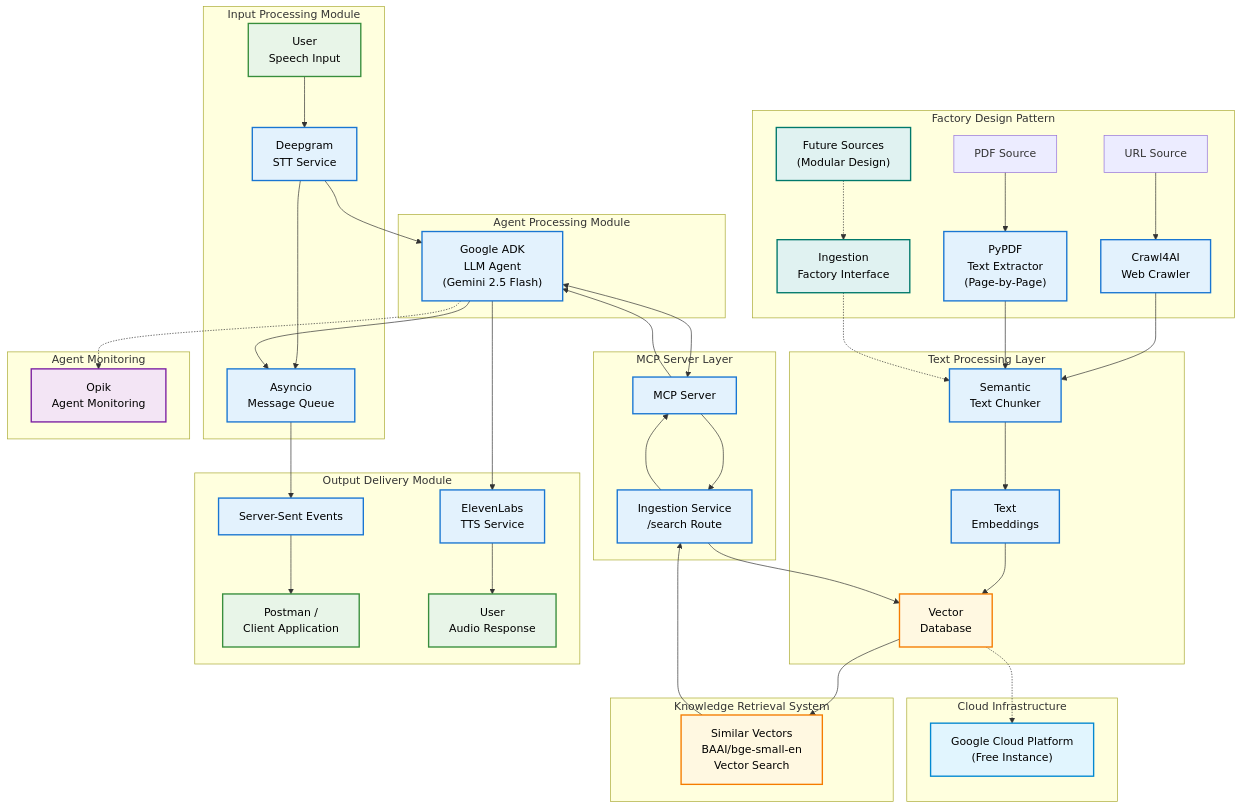
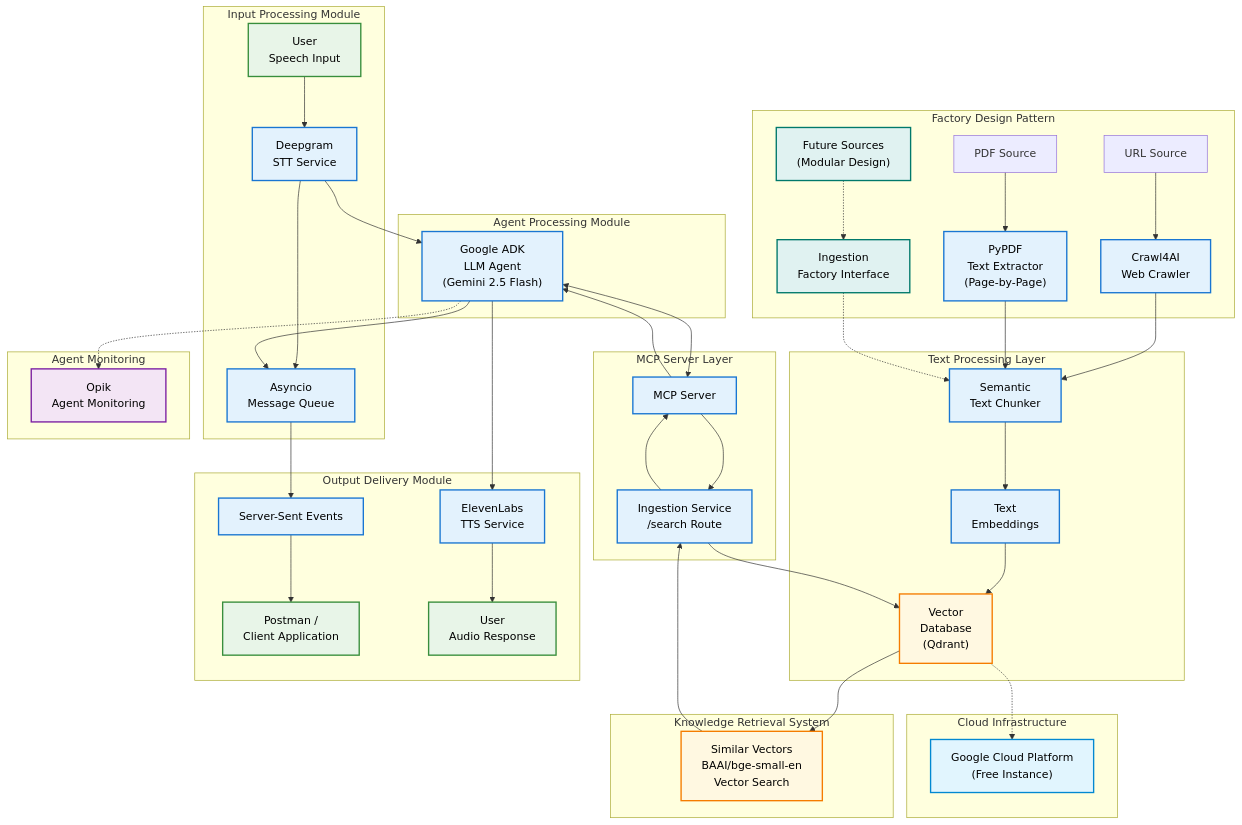
Before and after one commit to RoboJunior/Voice-Agent: the diagram in README.md, drawn with Mermaid.

Commit message:
Readme Updated

```diff
--- a/README.md
+++ b/README.md
@@ -49,7 +49,7 @@
     subgraph ProcessingLayer["Text Processing Layer"]
         SemanticChunker["Semantic<br>Text Chunker"]
         Embeddings["Text<br>Embeddings"]
-        VectorStore["Vector<br>Database"]
+        VectorStore["Vector<br>Database<br>(Qdrant)"]
     end
     
     subgraph MCPLayer["MCP Server Layer"]
```
